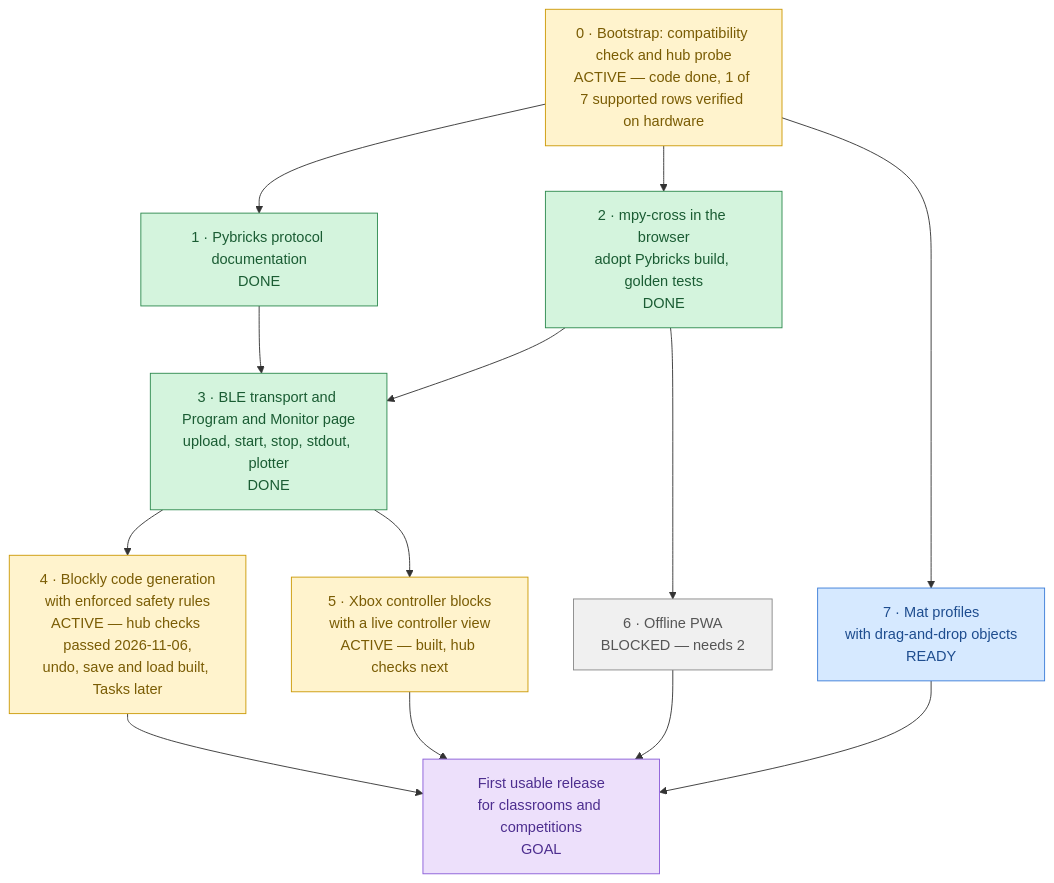
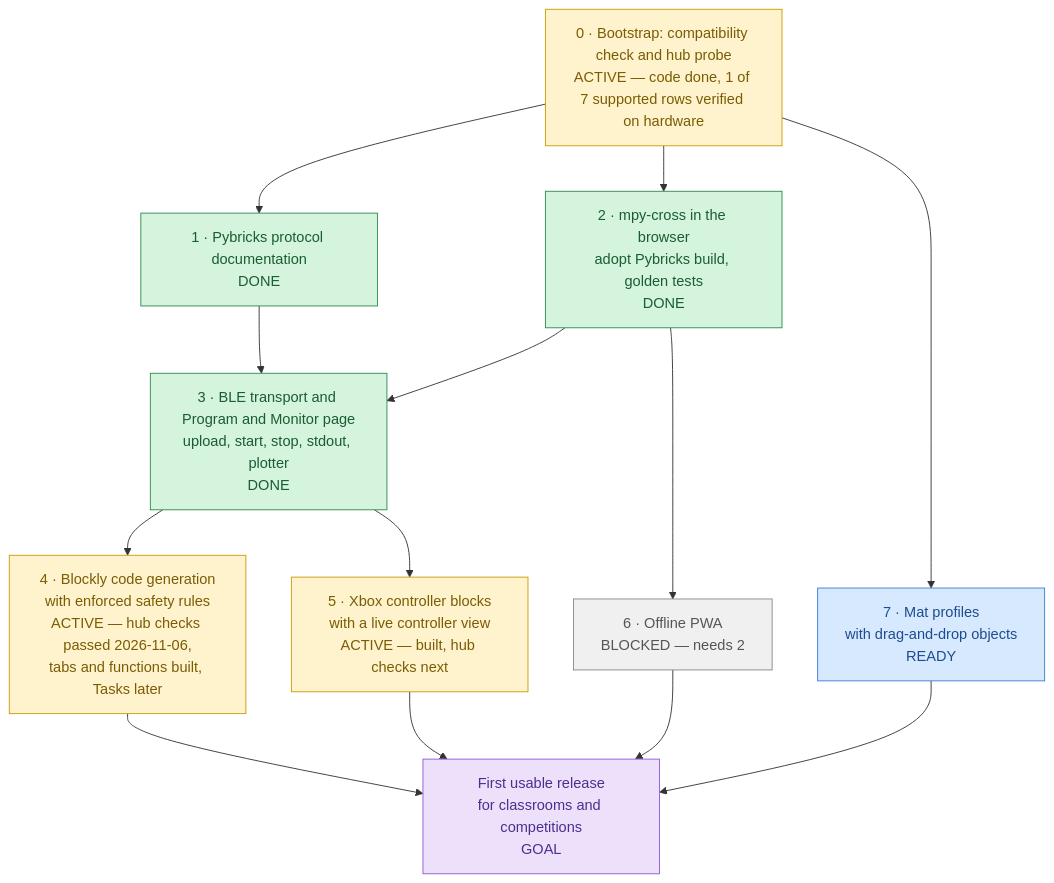
One commit to lumduan/matpilot changed the diagram in docs/roadmap.md. Above: the diagram before and after it, drawn with Mermaid. The commit also changed other lines of this file and 7 other files, not shown here.

First line of the commit message:
docs: ADR 0013 tabs and functions; checks; roadmap and architecture

````diff
--- a/docs/roadmap.md
+++ b/docs/roadmap.md
@@ -10,37 +10,37 @@
 ```mermaid
 flowchart TD
     M0["0 · Bootstrap: compatibility check and hub probe<br/>ACTIVE — code done, 1 of 7 supported rows verified on hardware"]
     M1["1 · Pybricks protocol documentation<br/>DONE"]
     M2["2 · mpy-cross in the browser<br/>adopt Pybricks build, golden tests<br/>DONE"]
     M3["3 · BLE transport and Program and Monitor page<br/>upload, start, stop, stdout, plotter<br/>DONE"]
-    M4["4 · Blockly code generation<br/>with enforced safety rules<br/>ACTIVE — hub checks passed 2026-11-06,<br/>undo, save and load built, Tasks later"]
+    M4["4 · Blockly code generation<br/>with enforced safety rules<br/>ACTIVE — hub checks passed 2026-11-06,<br/>tabs and functions built, Tasks later"]
     M5["5 · Xbox controller blocks<br/>with a live controller view<br/>ACTIVE — built, hub checks next"]
     M6["6 · Offline PWA<br/>BLOCKED — needs 2"]
     M7["7 · Mat profiles<br/>with drag-and-drop objects<br/>READY"]
     GOAL["First usable release<br/>for classrooms and competitions<br/>GOAL"]
 
     M0 --> M1
     M0 --> M2
     M0 --> M7
     M1 --> M3
     M2 --> M3
     M3 --> M4
     M3 --> M5
     M2 --> M6
     M4 --> GOAL
     M5 --> GOAL
     M6 --> GOAL
     M7 --> GOAL
 
     classDef done     fill:#d4f4dd,stroke:#2d8a4e,color:#1a5c33
     classDef active   fill:#fff3cd,stroke:#cc9a06,color:#7a5c04
     classDef ready    fill:#d6e9ff,stroke:#3b7dd8,color:#1e4d8f
     classDef blocked  fill:#f0f0f0,stroke:#888,color:#555
     classDef goal     fill:#ede0fb,stroke:#8a5cd8,color:#4d2e8f
 
     class M0,M4,M5 active
     class M1,M2,M3 done
     class M7 ready
     class M6 blocked
     class GOAL goal
 ```
````
